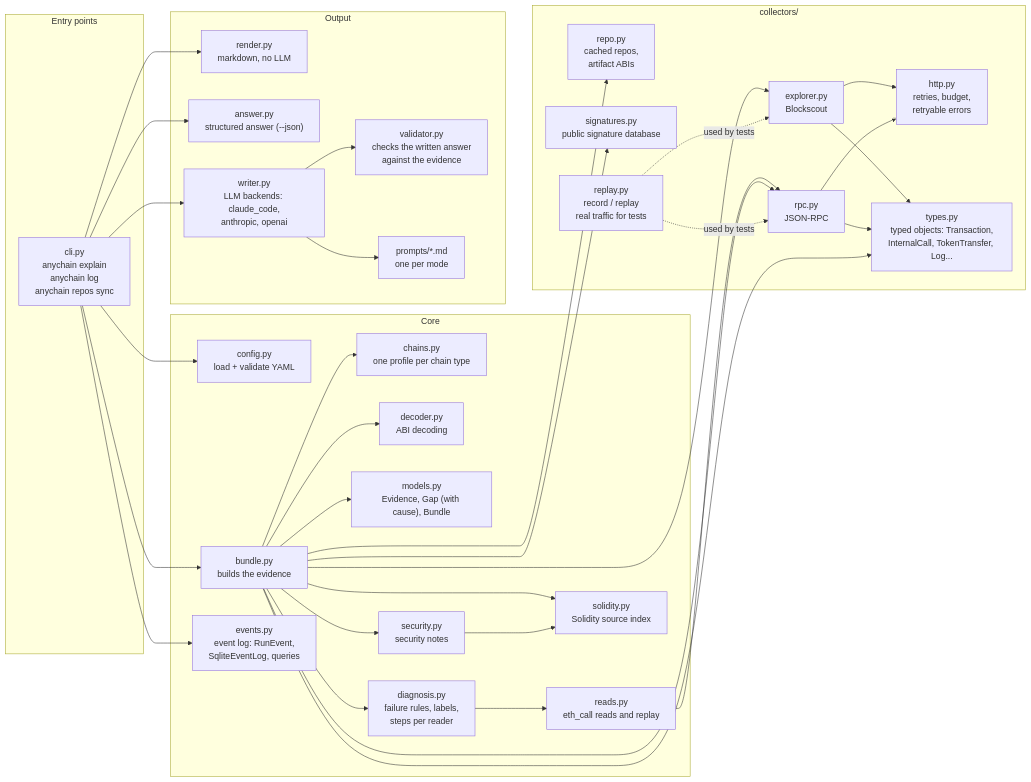
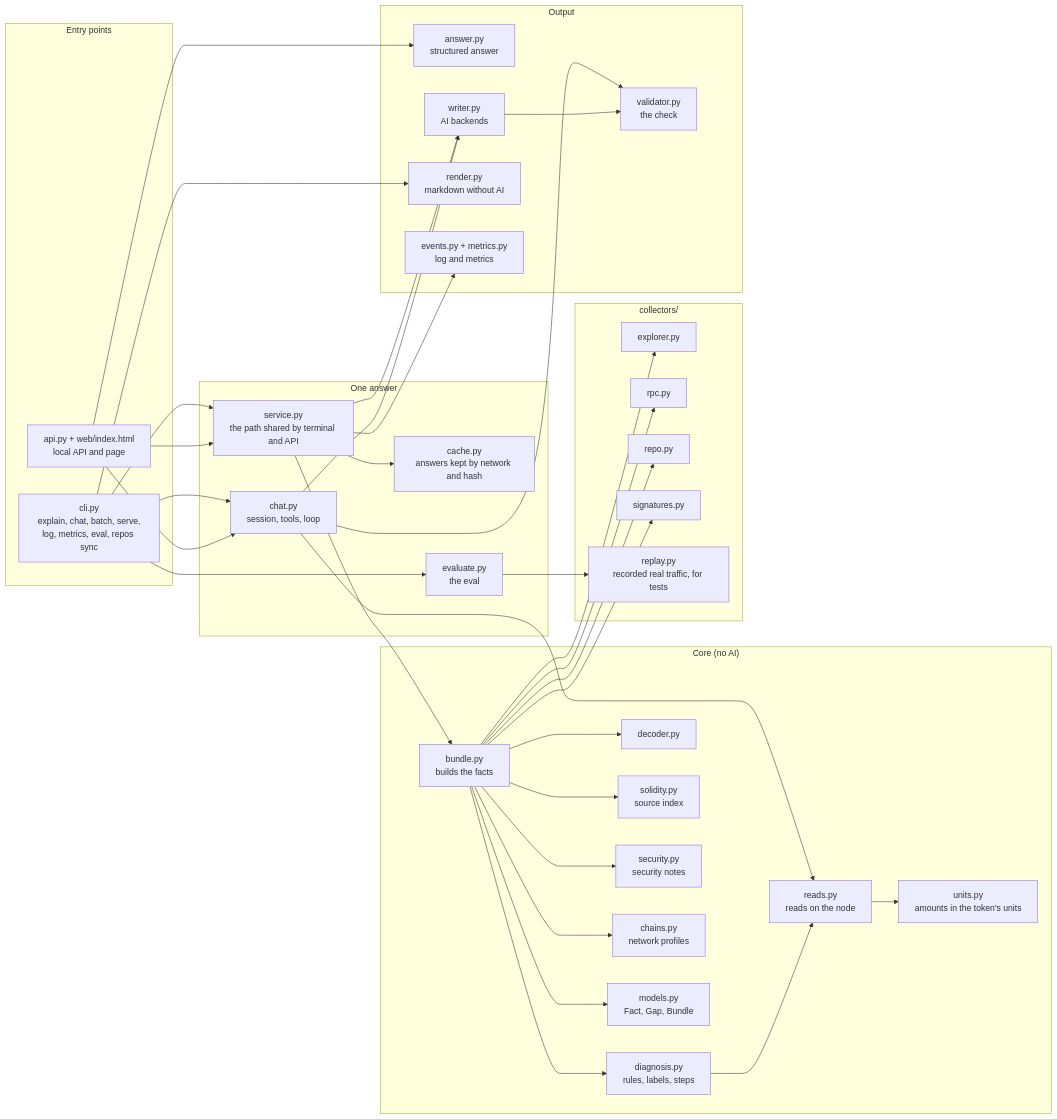
One commit to Ebaoj/anychain changed the seventh of 9 diagrams in docs/ARCHITECTURE.md. Above: the diagram before and after it, drawn with Mermaid. The commit also changed other lines of this file and 7 other files, not shown here.

Commit message:
Acceptance fix: Gnosis blob fees (chain_type ethereum) and a guard against a partial fee shown as total (D54); English architecture doc for the end of Phase 3

````diff
--- a/docs/ARCHITECTURE.md
+++ b/docs/ARCHITECTURE.md
@@ -128,66 +223,71 @@
 ```mermaid
 flowchart LR
     subgraph entry["Entry points"]
-        cli["cli.py<br/>anychain explain<br/>anychain log<br/>anychain repos sync"]
+        cli["cli.py<br/>explain, chat, batch, serve,<br/>log, metrics, eval, repos sync"]
+        api["api.py + web/index.html<br/>local API and page"]
     end
 
-    subgraph core["Core"]
-        config["config.py<br/>load + validate YAML"]
-        chains["chains.py<br/>one profile per chain type"]
-        bundle["bundle.py<br/>builds the evidence"]
-        decoder["decoder.py<br/>ABI decoding"]
-        models["models.py<br/>Evidence, Gap (with cause), Bundle"]
-        events["events.py<br/>event log: RunEvent,<br/>SqliteEventLog, queries"]
-        diagnosis["diagnosis.py<br/>failure rules, labels,<br/>steps per reader"]
-        reads["reads.py<br/>eth_call reads and replay"]
-        solidity["solidity.py<br/>Solidity source index"]
+    subgraph service_g["One answer"]
+        service["service.py<br/>the path shared by terminal and API"]
+        cache["cache.py<br/>answers kept by network and hash"]
+        chat["chat.py<br/>session, tools, loop"]
+        evaluate["evaluate.py<br/>the eval"]
+    end
+
+    subgraph core["Core (no AI)"]
+        bundle["bundle.py<br/>builds the facts"]
+        diagnosis["diagnosis.py<br/>rules, labels, steps"]
+        reads["reads.py<br/>reads on the node"]
+        units["units.py<br/>amounts in the token's units"]
+        decoder["decoder.py"]
+        solidity["solidity.py<br/>source index"]
         security["security.py<br/>security notes"]
+        chains["chains.py<br/>network profiles"]
+        models["models.py<br/>Fact, Gap, Bundle"]
     end
 
     subgraph collectors["collectors/"]
-        http["http.py<br/>retries, budget,<br/>retryable errors"]
-        types["types.py<br/>typed objects: Transaction,<br/>InternalCall, TokenTransfer, Log..."]
-        explorer["explorer.py<br/>Blockscout"]
-        rpc["rpc.py<br/>JSON-RPC"]
-        repo["repo.py<br/>cached repos,<br/>artifact ABIs"]
-        signatures["signatures.py<br/>public signature database"]
-        replay["replay.py<br/>record / replay<br/>real traffic for tests"]
+        explorer["explorer.py"]
+        rpc["rpc.py"]
+        repo["repo.py"]
+        signatures["signatures.py"]
+        replay["replay.py<br/>recorded real traffic, for tests"]
     end
 
     subgraph output["Output"]
-        render["render.py<br/>markdown, no LLM"]
-        answer["answer.py<br/>structured answer (--json)"]
-        writer["writer.py<br/>LLM backends: claude_code,<br/>anthropic, openai"]
-        validator["validator.py<br/>checks the written answer<br/>against the evidence"]
-        prompts["prompts/*.md<br/>one per mode"]
+        answer["answer.py<br/>structured answer"]
+        writer["writer.py<br/>AI backends"]
+        validator["validator.py<br/>the check"]
+        render["render.py<br/>markdown without AI"]
+        events["events.py + metrics.py<br/>log and metrics"]
     end
 
-    cli --> config
-    cli --> bundle
-    cli --> render
-    cli --> writer
-    cli --> events
-    cli --> answer
+    cli --> service
+    api --> service
+    cli --> chat
+    api --> chat
+    cli --> evaluate
+    service --> cache
+    service --> bundle
+    service --> writer
+    service --> events
+    chat --> reads
+    chat --> writer
+    chat --> validator
     bundle --> diagnosis
+    bundle --> explorer
+    bundle --> rpc
+    bundle --> decoder
     bundle --> solidity
     bundle --> security
     bundle --> repo
     bundle --> signatures
+    bundle --> chains
+    bundle --> models
     diagnosis --> reads
-    reads --> rpc
-    security --> solidity
-    bundle --> explorer
-    bundle --> rpc
-    bundle --> decoder
-    bundle --> models
-    bundle --> chains
-    explorer --> http
-    rpc --> http
-    explorer --> types
-    rpc --> types
-    bundle --> types
-    writer --> prompts
+    reads --> units
     writer --> validator
-    replay -.used by tests.-> explorer
-    replay -.used by tests.-> rpc
+    api --> answer
+    cli --> render
+    evaluate --> replay
 ```
````
